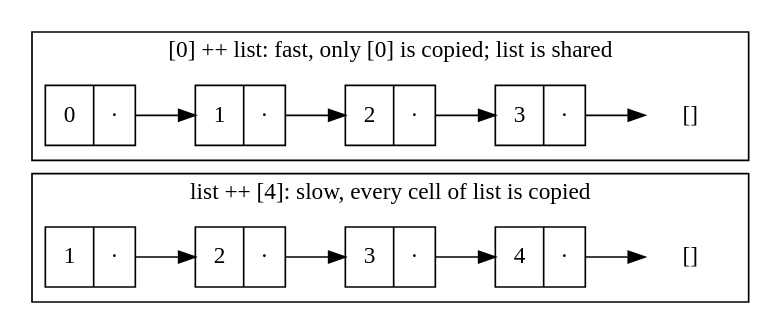
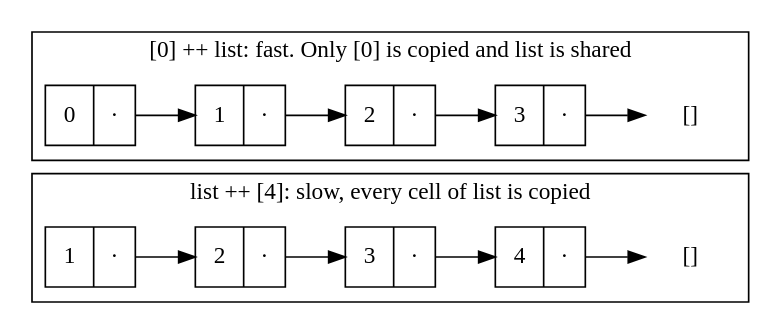
Before and after one commit to danceinthefake/visualixir: the diagram in docs/diagrams/lists-and-tuples/prepend-append.dot, drawn with Graphviz. The commit also changed 59 other files, not shown here.

First line of the commit message:
Apply ASD-STE100 to interface text and diagram labels

```diff
--- a/docs/diagrams/lists-and-tuples/prepend-append.dot
+++ b/docs/diagrams/lists-and-tuples/prepend-append.dot
@@ -1,28 +1,28 @@
 digraph prepend_append {
   rankdir=LR
   node [shape=record]
   subgraph cluster_app {
     label="list ++ [4]: slow, every cell of list is copied"
     b1 [label="{<hd>1|<tl>·}" class=hl]
     b2 [label="{<hd>2|<tl>·}" class=hl]
     b3 [label="{<hd>3|<tl>·}" class=hl]
     b4 [label="{<hd>4|<tl>·}"]
     nil2 [label="[]" shape=plaintext style=solid]
     b1:tl -> b2:hd
     b2:tl -> b3:hd
     b3:tl -> b4:hd
     b4:tl -> nil2
   }
   subgraph cluster_pre {
-    label="[0] ++ list: fast, only [0] is copied; list is shared"
+    label="[0] ++ list: fast. Only [0] is copied and list is shared"
     n0 [label="{<hd>0|<tl>·}" class=hl]
     a1 [label="{<hd>1|<tl>·}"]
     a2 [label="{<hd>2|<tl>·}"]
     a3 [label="{<hd>3|<tl>·}"]
     nil1 [label="[]" shape=plaintext style=solid]
     n0:tl -> a1:hd
     a1:tl -> a2:hd
     a2:tl -> a3:hd
     a3:tl -> nil1
   }
 }
```
